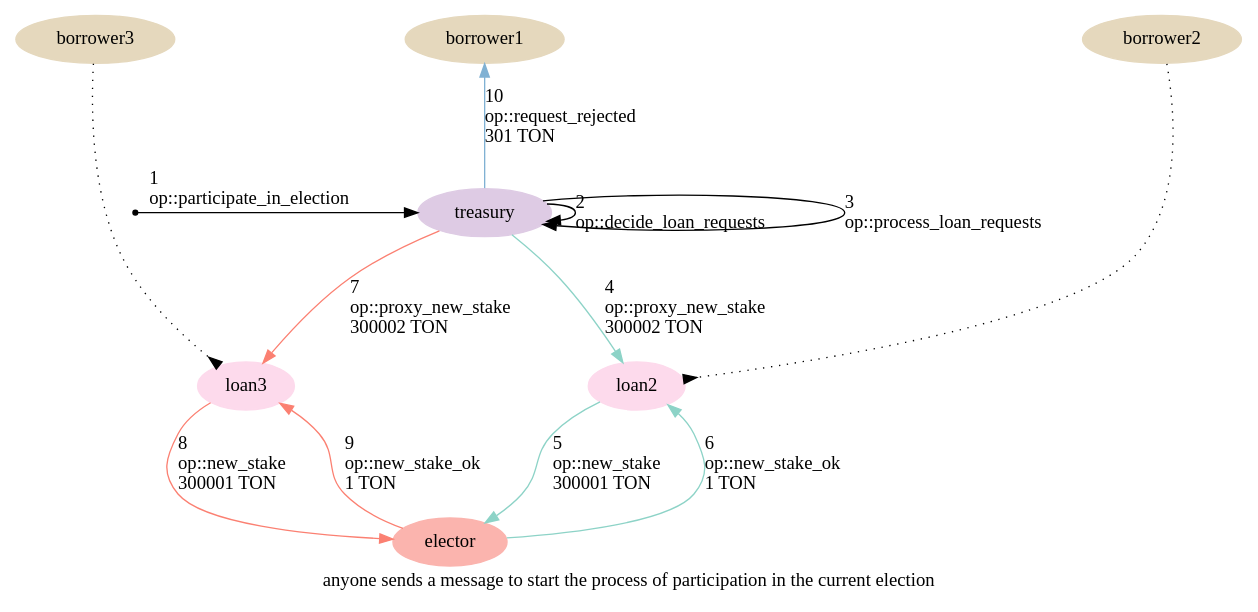
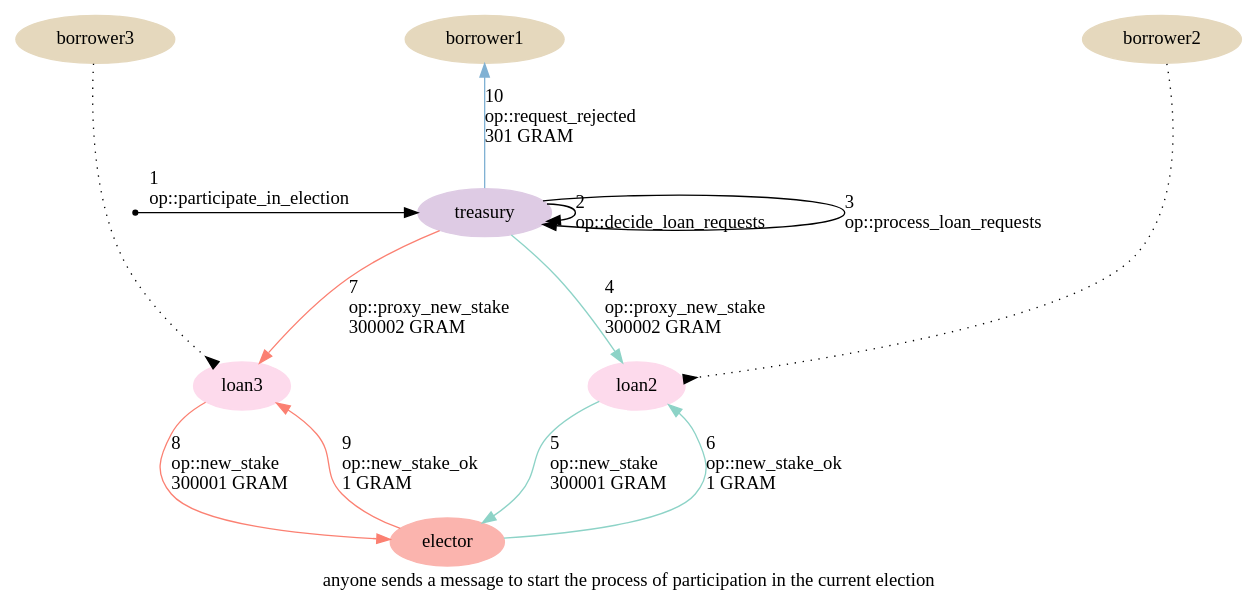
Before and after one commit to HipoFinance/contract: the diagram in graphs/05-participate-in-election.dot, drawn with Graphviz. The commit also changed 97 other files, not shown here.

First line of the commit message:
Finish the TON to GRAM and hTON to hGRAM rebrand

```diff
--- a/graphs/05-participate-in-election.dot
+++ b/graphs/05-participate-in-election.dot
@@ -1,34 +1,34 @@
 digraph {
     label="anyone sends a message to start the process of participation in the current election"
     node [ colorscheme=pastel19 style=filled ]
     edge [ colorscheme=set39 ]
 
     /* Entities */
     external [ shape=point ]
     treasury [ color=4 ]
     loan2, loan3 [ color=8 ]
     elector [ color=1 ]
     borrower1, borrower2, borrower3 [ color=7 ]
 
     /* Relationships */
     borrower2 -> loan2 [ arrowhead=inv style=dotted ]
     borrower3 -> loan3 [ arrowhead=inv style=dotted ]
     external -> treasury [ label="1\l op::participate_in_election\l" ]
     treasury -> treasury [ label="\l2\l op::decide_loan_requests    \l\l" ]
     treasury -> treasury [ label="\l3\l op::process_loan_requests\l\l" ]
 
-    treasury -> loan2 [ label="4\l op::proxy_new_stake\l 300002 TON\l" color=1 ]
-    loan2 -> elector [ label="5\l op::new_stake\l 300001 TON\l" color=1 ]
-    elector -> loan2 [ label="6\l op::new_stake_ok\l 1 TON\l" color=1 ]
+    treasury -> loan2 [ label="4\l op::proxy_new_stake\l 300002 GRAM\l" color=1 ]
+    loan2 -> elector [ label="5\l op::new_stake\l 300001 GRAM\l" color=1 ]
+    elector -> loan2 [ label="6\l op::new_stake_ok\l 1 GRAM\l" color=1 ]
 
-    treasury -> loan3 [ label="7\l op::proxy_new_stake\l 300002 TON\l" color=4 ]
-    loan3 -> elector [ label="8\l op::new_stake\l 300001 TON\l" color=4 ]
-    elector -> loan3 [ label="9\l op::new_stake_ok\l 1 TON\l" color=4 ]
+    treasury -> loan3 [ label="7\l op::proxy_new_stake\l 300002 GRAM\l" color=4 ]
+    loan3 -> elector [ label="8\l op::new_stake\l 300001 GRAM\l" color=4 ]
+    elector -> loan3 [ label="9\l op::new_stake_ok\l 1 GRAM\l" color=4 ]
 
-    treasury -> borrower1 [ label="10\l op::request_rejected\l 301 TON\l" color=5 ]
+    treasury -> borrower1 [ label="10\l op::request_rejected\l 301 GRAM\l" color=5 ]
 
     /* Ranks */
     { rank=min borrower1 borrower2 borrower3 }
     { rank=same external treasury }
     { rank=max elector }
 }
```
